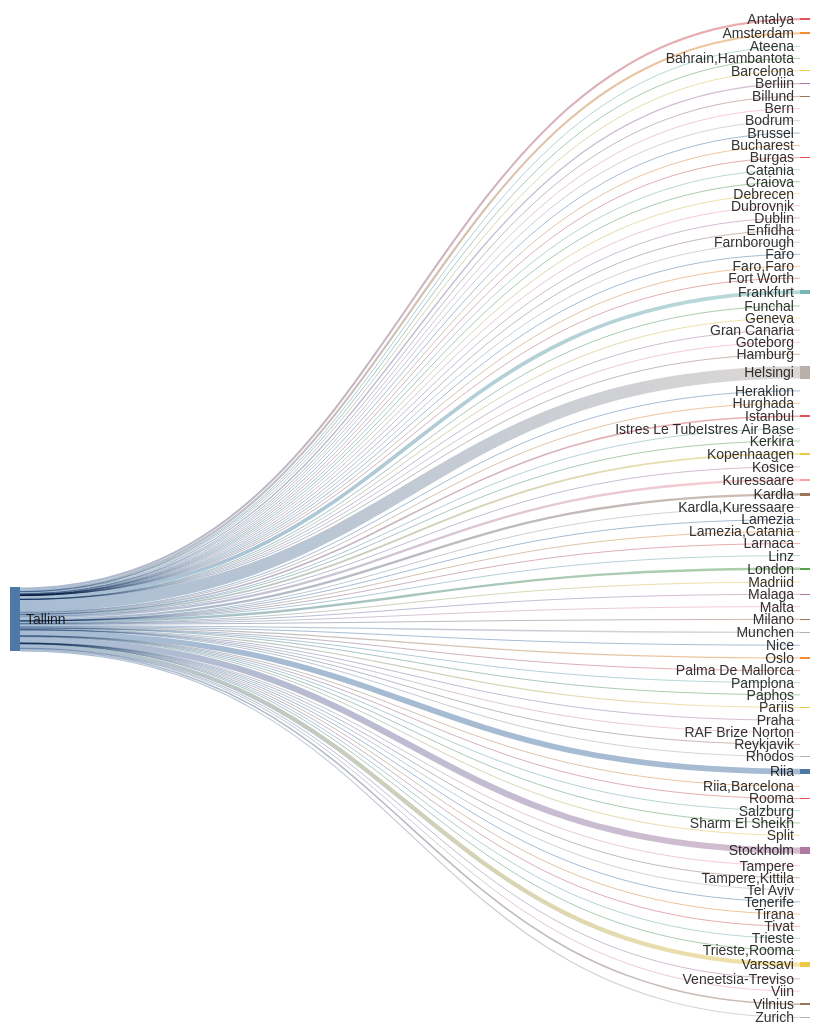
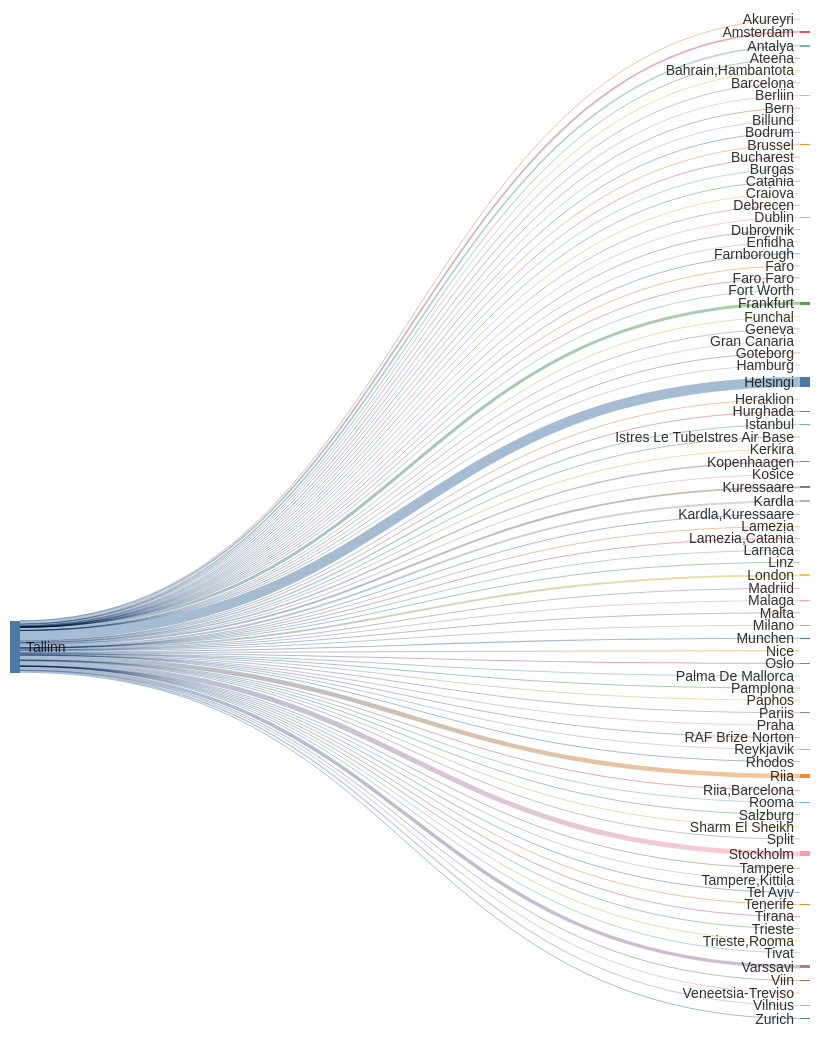
Before and after one commit to rainermesi/tll-airport-departures: the second of 2 diagrams in README.md, drawn with Mermaid. The commit also changed other lines of this file and 1 other file, not shown here.

````diff
--- a/README.md
+++ b/README.md
@@ -41,16 +41,17 @@
 ---
 sankey-beta
 %% source,target,value
-Tallinn,Amsterdam,589
-Tallinn,Antalya,570
+Tallinn,Akureyri,1
+Tallinn,Amsterdam,591
+Tallinn,Antalya,573
 Tallinn,Ateena,16
 Tallinn,"Bahrain,Hambantota",1
 Tallinn,Barcelona,165
-Tallinn,Berliin,366
+Tallinn,Berliin,368
 Tallinn,Bern,1
 Tallinn,Billund,87
 Tallinn,Bodrum,15
-Tallinn,Brussel,226
+Tallinn,Brussel,227
 Tallinn,Bucharest,1
 Tallinn,Burgas,67
 Tallinn,Catania,2
@@ -58,55 +59,55 @@
 Tallinn,Debrecen,1
 Tallinn,Dublin,110
 Tallinn,Dubrovnik,21
-Tallinn,Enfidha,18
+Tallinn,Enfidha,19
 Tallinn,Farnborough,1
 Tallinn,Faro,4
 Tallinn,"Faro,Faro",1
 Tallinn,Fort Worth,1
-Tallinn,Frankfurt,1026
+Tallinn,Frankfurt,1029
 Tallinn,Funchal,9
 Tallinn,Geneva,13
 Tallinn,Gran Canaria,38
 Tallinn,Goteborg,2
 Tallinn,Hamburg,2
-Tallinn,Helsingi,3440
+Tallinn,Helsingi,3450
 Tallinn,Heraklion,139
 Tallinn,Hurghada,77
-Tallinn,Istanbul,446
+Tallinn,Istanbul,447
 Tallinn,Istres Le TubeIstres Air Base,2
 Tallinn,Kerkira,4
-Tallinn,Kopenhaagen,503
+Tallinn,Kopenhaagen,505
 Tallinn,Kosice,1
-Tallinn,Kuressaare,652
-Tallinn,Kardla,654
+Tallinn,Kuressaare,654
+Tallinn,Kardla,656
 Tallinn,"Kardla,Kuressaare",1
 Tallinn,Lamezia,6
 Tallinn,"Lamezia,Catania",3
-Tallinn,Larnaca,8
+Tallinn,Larnaca,9
 Tallinn,Linz,2
-Tallinn,London,665
+Tallinn,London,667
 Tallinn,Madriid,5
 Tallinn,Malaga,142
 Tallinn,Malta,36
 Tallinn,Milano,287
-Tallinn,Munchen,370
+Tallinn,Munchen,372
 Tallinn,Nice,67
-Tallinn,Oslo,345
+Tallinn,Oslo,346
 Tallinn,Palma De Mallorca,40
 Tallinn,Pamplona,1
 Tallinn,Paphos,66
-Tallinn,Pariis,307
-Tallinn,Praha,101
+Tallinn,Pariis,309
+Tallinn,Praha,102
 Tallinn,RAF Brize Norton,1
 Tallinn,Reykjavik,20
-Tallinn,Rhodos,74
-Tallinn,Riia,1565
+Tallinn,Rhodos,75
+Tallinn,Riia,1569
 Tallinn,"Riia,Barcelona",1
 Tallinn,Rooma,80
 Tallinn,Salzburg,14
 Tallinn,Sharm El Sheikh,121
-Tallinn,Split,67
-Tallinn,Stockholm,1725
+Tallinn,Split,68
+Tallinn,Stockholm,1730
 Tallinn,Tampere,17
 Tallinn,"Tampere,Kittila",21
 Tallinn,Tel Aviv,2
@@ -115,11 +116,11 @@
 Tallinn,Tivat,80
 Tallinn,Trieste,1
 Tallinn,"Trieste,Rooma",1
-Tallinn,Varssavi,1193
+Tallinn,Varssavi,1197
 Tallinn,Veneetsia-Treviso,67
 Tallinn,Viin,106
-Tallinn,Vilnius,438
-Tallinn,Zurich,309
+Tallinn,Vilnius,439
+Tallinn,Zurich,310
 
 
 ```
````
